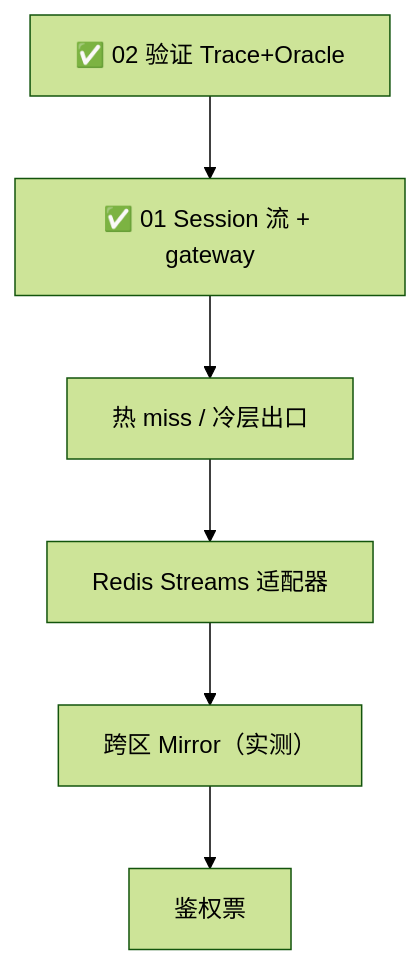
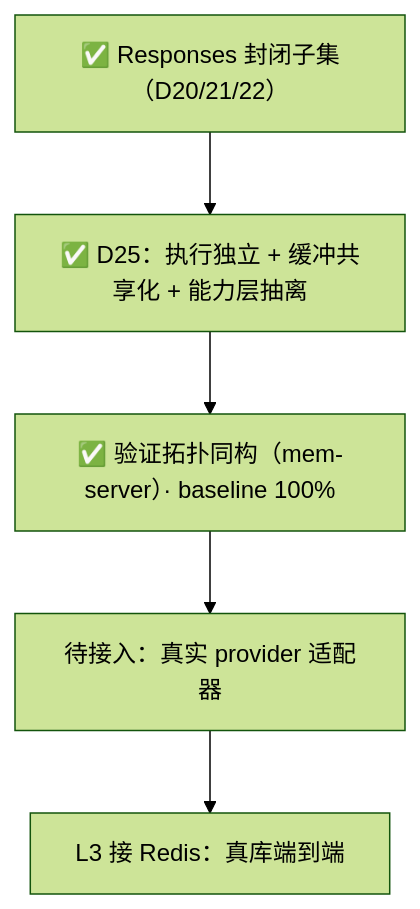
The diagram in docs/design/README.md (charleslyh/nova-chat), drawn with Mermaid (forest theme) before and after one commit. The commit also changed other lines of this file and 15 other files, not shown here.

Commit message:
docs: realign design and architecture docs with the D25 shared-carrier topology so figures and claims match the implementation, not the pre-shared-buffer model

````diff
--- a/docs/design/README.md
+++ b/docs/design/README.md
@@ -37,10 +43,9 @@
 ```mermaid
 %%{init: {"flowchart": {"curve": "basis", "rankSpacing": 55}}}%%
 flowchart TB
-    S0["✅ 02 验证 Trace+Oracle"] --> S1
-    S1["✅ 01 Session 流 + gateway"] --> S2
-    S2["热 miss / 冷层出口"] --> S3
-    S3["Redis Streams 适配器"] --> S4
-    S4["跨区 Mirror（实测）"] --> S5
-    S5["鉴权票"]
+    S0["✅ Responses 封闭子集（D20/21/22）"] --> S1
+    S1["✅ D25：执行独立 + 缓冲共享化 + 能力层抽离"] --> S2
+    S2["✅ 验证拓扑同构（mem-server）· baseline 100%"] --> S3
+    S3["待接入：真实 provider 适配器"] --> S4
+    S4["L3 接 Redis：真库端到端"]
 ```
````
